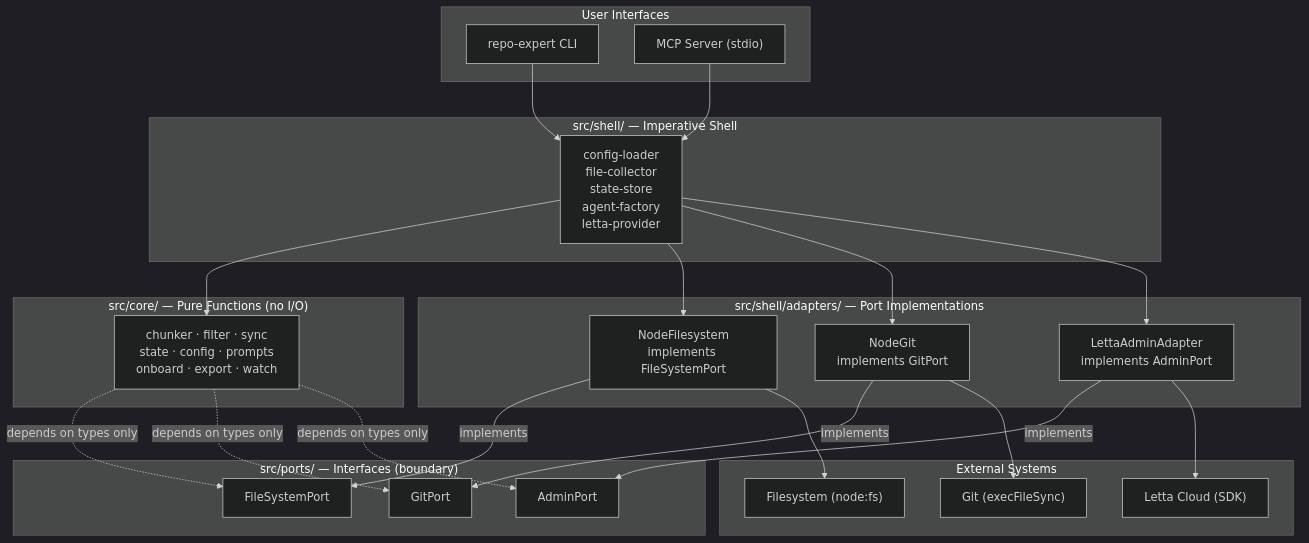
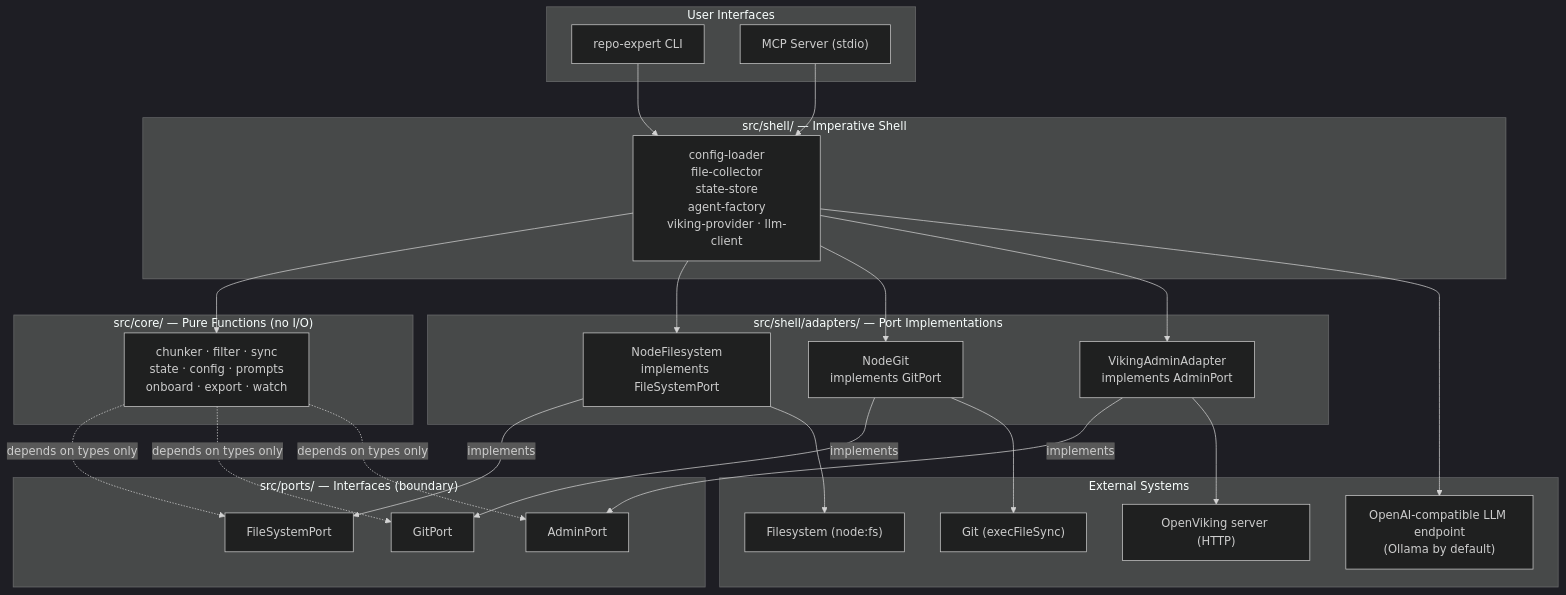
One commit to 0x7067/agent-as-repo changed the diagram in docs/architecture.md. Above: the diagram before and after it, drawn with Mermaid (dark theme). The commit also changed other lines of this file and 6 other files, not shown here.

````diff
--- a/docs/architecture.md
+++ b/docs/architecture.md
@@ -15,49 +15,51 @@
 ```mermaid
 graph TB
     subgraph "External Systems"
         FS["Filesystem (node:fs)"]
         GIT["Git (execFileSync)"]
-        LETTA["Letta Cloud (SDK)"]
+        VIKING["OpenViking server (HTTP)"]
+        LLM["OpenAI-compatible LLM endpoint\n(Ollama by default)"]
     end
 
     subgraph "src/shell/adapters/ — Port Implementations"
         NFS["NodeFilesystem\nimplements FileSystemPort"]
         NGIT["NodeGit\nimplements GitPort"]
-        LAA["LettaAdminAdapter\nimplements AdminPort"]
+        VAA["VikingAdminAdapter\nimplements AdminPort"]
     end
 
     subgraph "src/ports/ — Interfaces (boundary)"
         FP["FileSystemPort"]
         GP["GitPort"]
         AP["AdminPort"]
     end
 
     subgraph "src/core/ — Pure Functions (no I/O)"
         CORE["chunker · filter · sync\nstate · config · prompts\nonboard · export · watch"]
     end
 
     subgraph "src/shell/ — Imperative Shell"
-        SHELL["config-loader\nfile-collector\nstate-store\nagent-factory\nletta-provider"]
+        SHELL["config-loader\nfile-collector\nstate-store\nagent-factory\nviking-provider · llm-client"]
     end
 
     subgraph "User Interfaces"
         CLI["repo-expert CLI"]
         MCP["MCP Server (stdio)"]
     end
 
     CLI --> SHELL
     MCP --> SHELL
     SHELL --> CORE
     SHELL --> NFS
     SHELL --> NGIT
-    SHELL --> LAA
+    SHELL --> VAA
     NFS -->|implements| FP
     NGIT -->|implements| GP
-    LAA -->|implements| AP
+    VAA -->|implements| AP
     NFS --> FS
     NGIT --> GIT
-    LAA --> LETTA
+    VAA --> VIKING
+    SHELL --> LLM
     CORE -.->|depends on types only| FP
     CORE -.->|depends on types only| GP
     CORE -.->|depends on types only| AP
 ```
````
